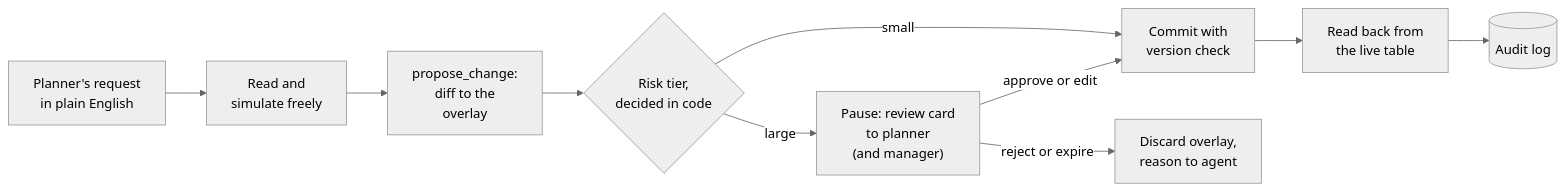
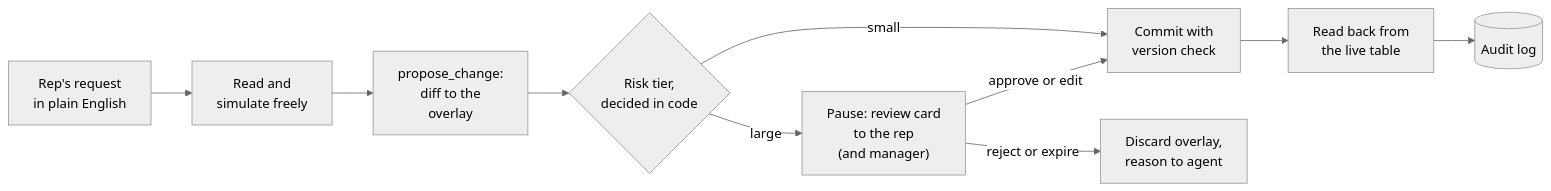
Before and after one commit to shubamchaudhary/CodeNITW: the eighth of 9 diagrams in src/Data/aiStackDocs/CH-10.md, drawn with Mermaid (neutral theme). The commit also changed other lines of this file and 32 other files, not shown here.

````diff
--- a/src/Data/aiStackDocs/CH-10.md
+++ b/src/Data/aiStackDocs/CH-10.md
@@ -216,12 +216,12 @@
 ```mermaid
 flowchart LR
-    RQ["Planner's request<br/>in plain English"] --> RD["Read and<br/>simulate freely"]
+    RQ["Rep's request<br/>in plain English"] --> RD["Read and<br/>simulate freely"]
     RD --> PR["propose_change:<br/>diff to the<br/>overlay"]
     PR --> TIER{"Risk tier,<br/>decided in code"}
     TIER -->|"small"| CM["Commit with<br/>version check"]
-    TIER -->|"large"| AP["Pause: review card<br/>to planner<br/>(and manager)"]
+    TIER -->|"large"| AP["Pause: review card<br/>to the rep<br/>(and manager)"]
     AP -->|"approve or edit"| CM
     AP -->|"reject or expire"| DS["Discard overlay,<br/>reason to agent"]
     CM --> VF["Read back from<br/>the live table"]
     VF --> AU[("Audit log")]
 ```
````
